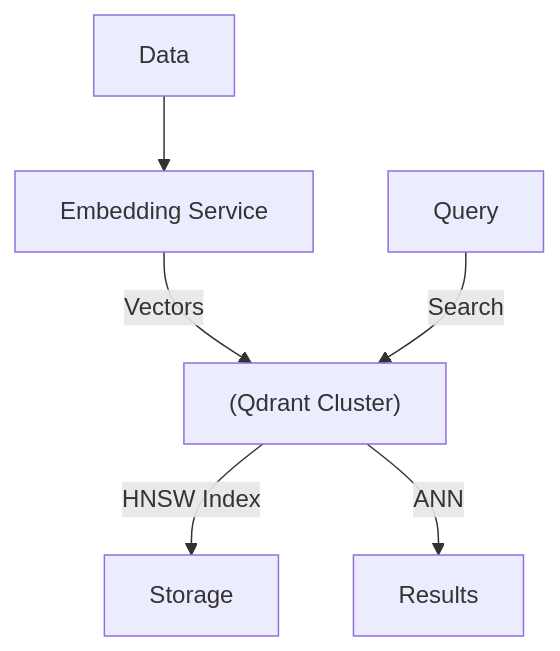
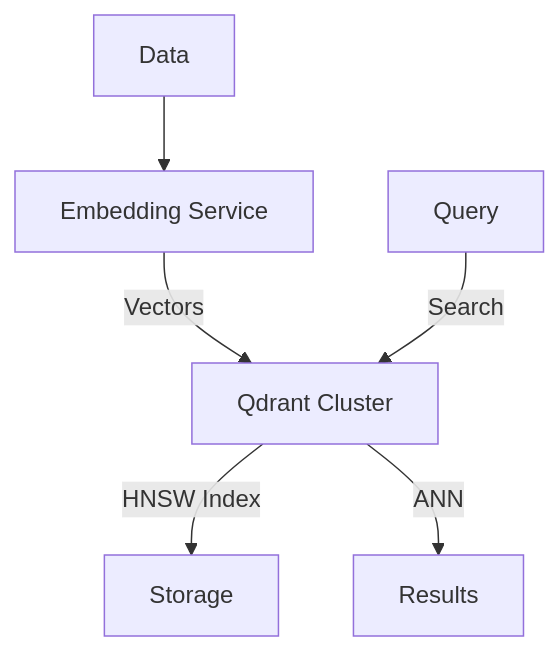
Before and after one commit to sricheru/agentic-ai-portfolio: the eighth of 20 diagrams in genai_enterprise_usecases/ARCHITECTURE_GUIDE.md, drawn with Mermaid. The commit also changed other lines of this file, not shown here.

Commit message:
fix(mermaid): completely sanitize all node shapes and labels for GitHub compatibility

````diff
--- a/genai_enterprise_usecases/ARCHITECTURE_GUIDE.md
+++ b/genai_enterprise_usecases/ARCHITECTURE_GUIDE.md
@@ -171,8 +169,8 @@
 ```mermaid
 graph TD
     Data --> Embedder[Embedding Service]
-    Embedder -->|Vectors| Qdrant["(Qdrant Cluster)"]
+    Embedder -->|Vectors| Qdrant["Qdrant Cluster"]
     Qdrant -->|HNSW Index| Storage
     Query -->|Search| Qdrant
     Qdrant -->|ANN| Results
 ```
````
